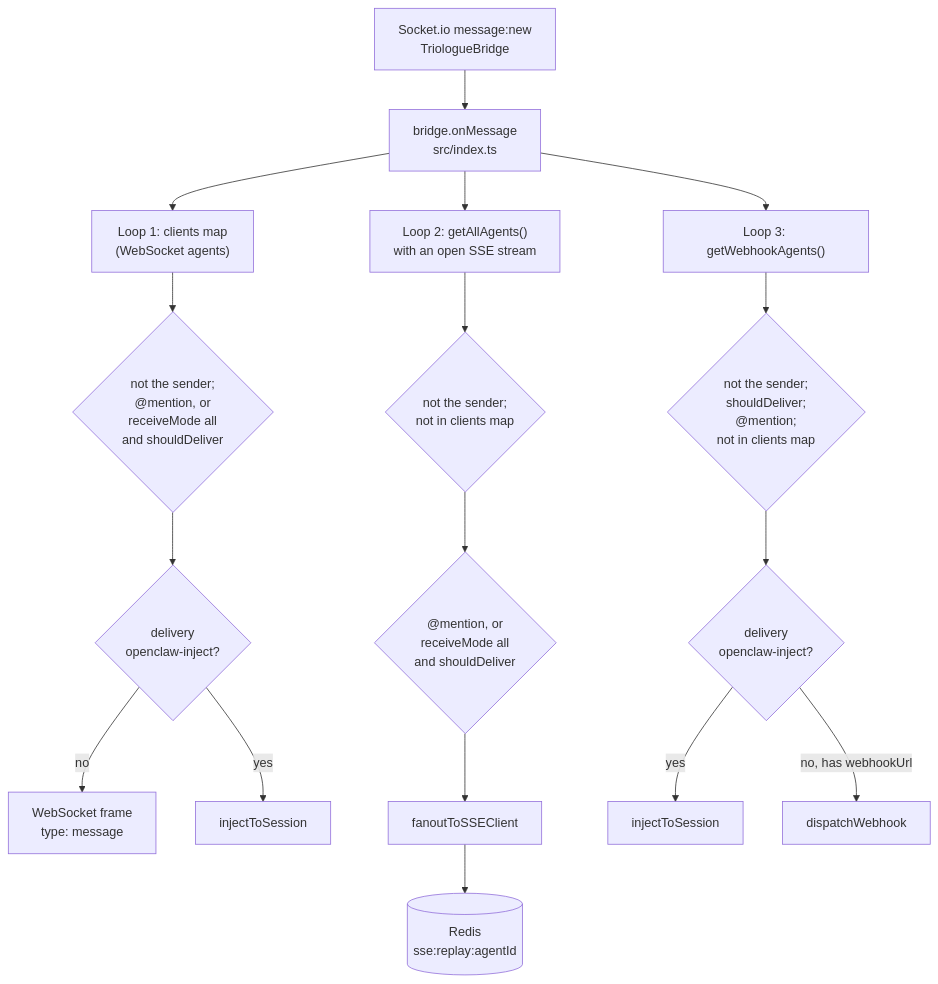
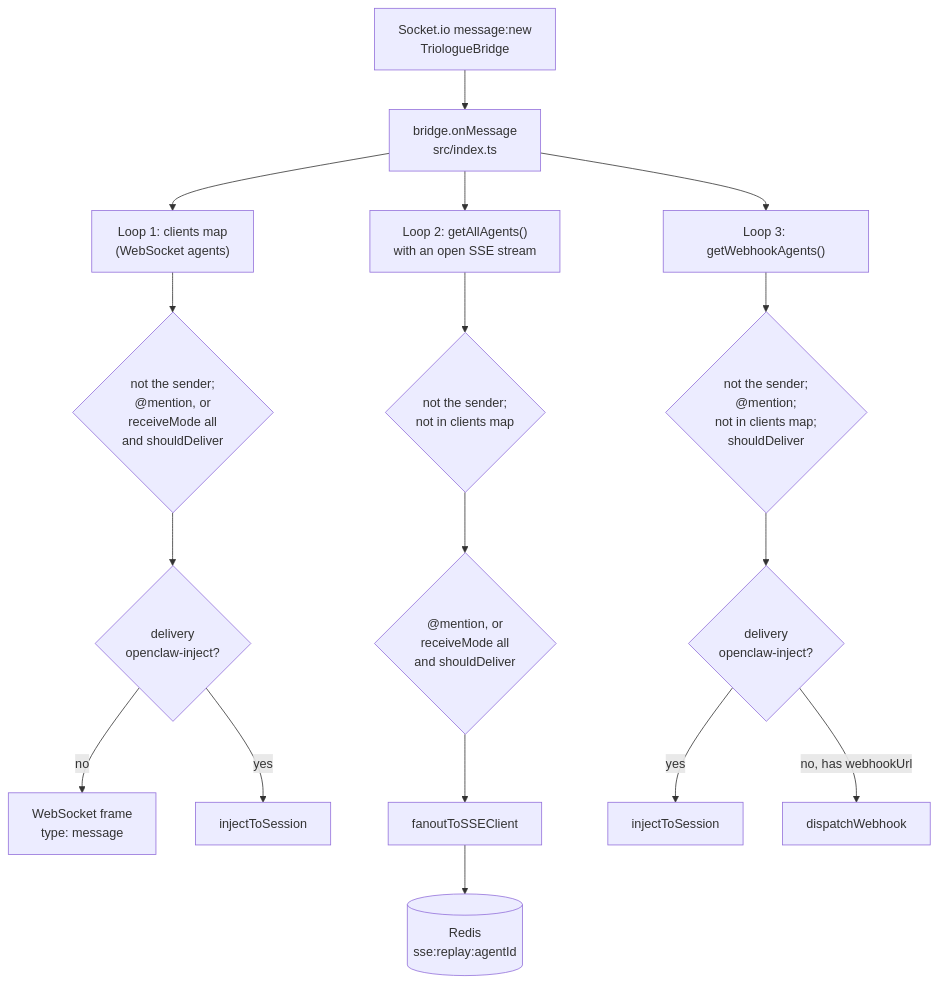
Before and after one commit to LanNguyenSi/triologue-agent-gateway: the diagram in docs/okf/message-delivery-routing.md, drawn with Mermaid. The commit also changed other lines of this file and 36 other files, not shown here.

````diff
--- a/docs/okf/message-delivery-routing.md
+++ b/docs/okf/message-delivery-routing.md
@@ -46,19 +46,19 @@
 ```mermaid
 flowchart TD
   IN["Socket.io message:new<br/>TriologueBridge"] --> CB["bridge.onMessage<br/>src/index.ts"]
   CB --> L1["Loop 1: clients map<br/>(WebSocket agents)"]
   CB --> L2["Loop 2: getAllAgents()<br/>with an open SSE stream"]
   CB --> L3["Loop 3: getWebhookAgents()"]
   L1 --> F1{"not the sender;<br/>@mention, or<br/>receiveMode all<br/>and shouldDeliver"}
   F1 --> D1{"delivery<br/>openclaw-inject?"}
   D1 -->|no| WSF["WebSocket frame<br/>type: message"]
   D1 -->|yes| INJ1["injectToSession"]
   L2 --> F2{"not the sender;<br/>not in clients map"}
   F2 --> G2{"@mention, or<br/>receiveMode all<br/>and shouldDeliver"}
   G2 --> SSE["fanoutToSSEClient"]
   SSE --> RB[("Redis<br/>sse:replay:agentId")]
-  L3 --> F3{"not the sender;<br/>shouldDeliver;<br/>@mention;<br/>not in clients map"}
+  L3 --> F3{"not the sender;<br/>@mention;<br/>not in clients map;<br/>shouldDeliver"}
   F3 --> D3{"delivery<br/>openclaw-inject?"}
   D3 -->|yes| INJ3["injectToSession"]
   D3 -->|no, has webhookUrl| WH["dispatchWebhook"]
 ```
````
